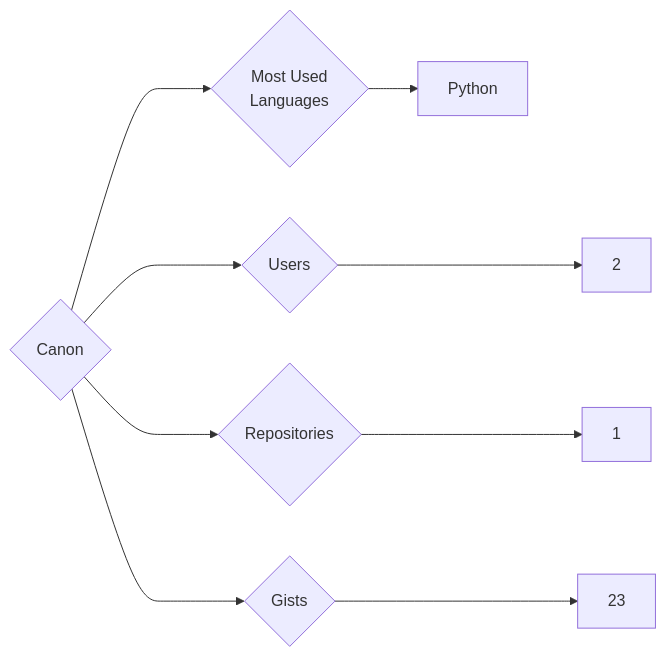
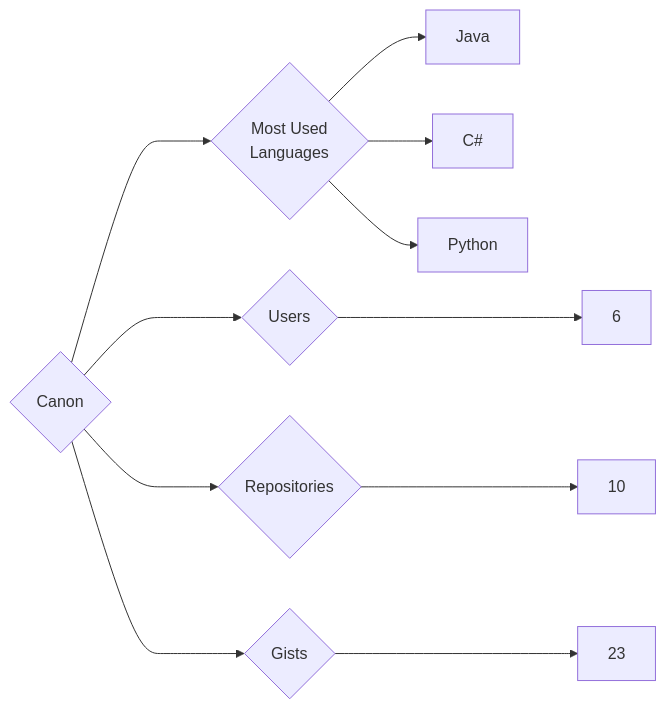
The diagram in targets/Canon/README.md (trickest/insiders), drawn with Mermaid before and after one commit. The commit also changed 1030 other files, not shown here.

````diff
--- a/targets/Canon/README.md
+++ b/targets/Canon/README.md
@@ -3,9 +3,11 @@
 ```mermaid
 graph LR
 COMPANY_NAME{Canon}
-COMPANY_NAME ---> U{Users} ---> UN[2]
-COMPANY_NAME ---> R{Repositories} ---> RN[1]
+COMPANY_NAME ---> U{Users} ---> UN[6]
+COMPANY_NAME ---> R{Repositories} ---> RN[10]
 COMPANY_NAME ---> G{Gists} ---> GN[23]
 COMPANY_NAME ---> ML{Most Used<br>Languages}
+ML --> Java[Java]
+ML --> C#[C#]
 ML --> Python[Python]
 ```
````
